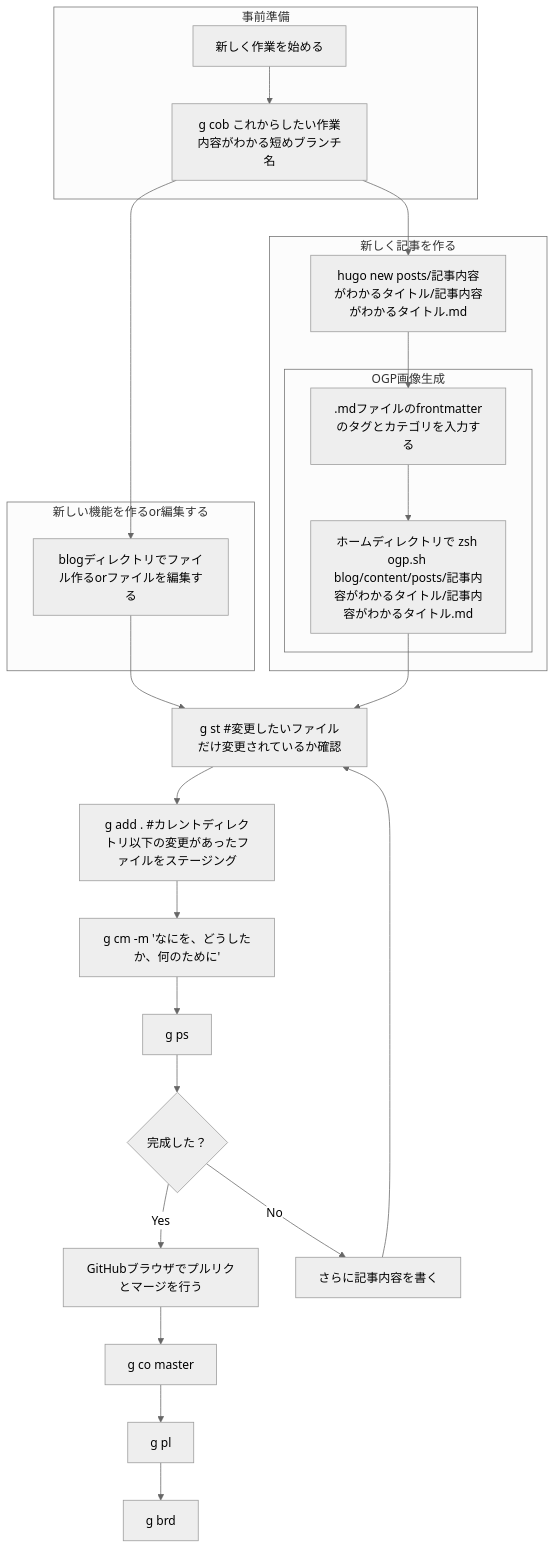
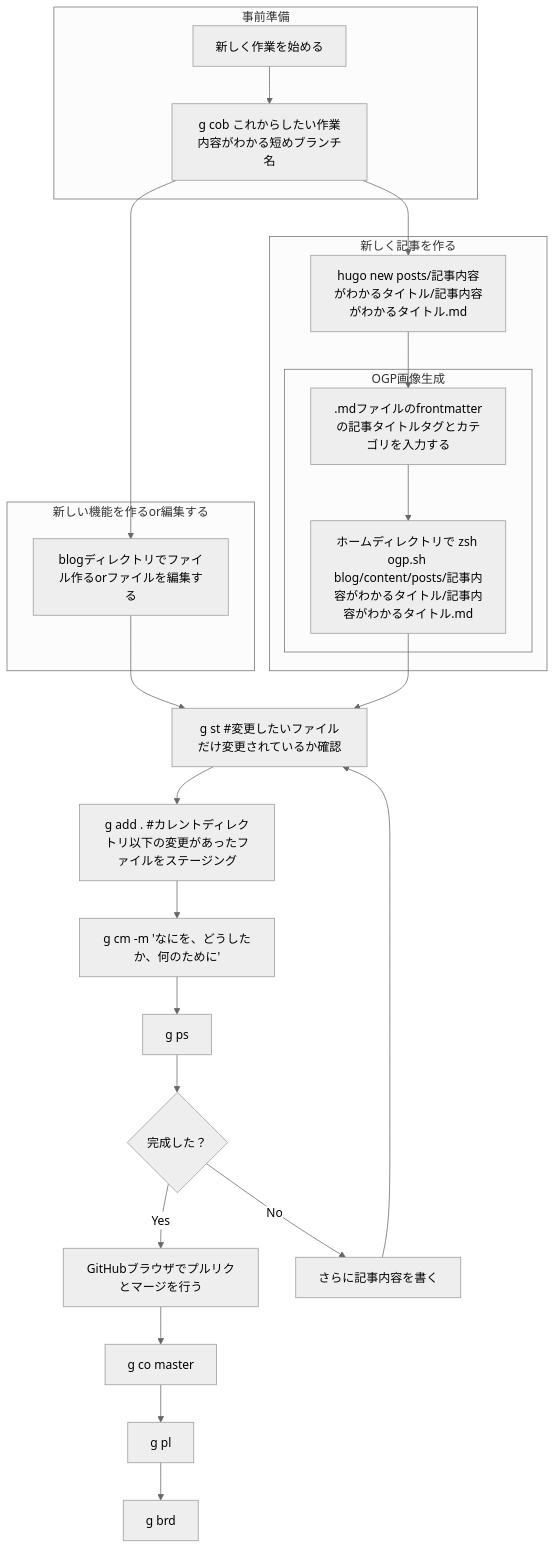
Before and after one commit to zuzuzunta0/newblog2: the diagram in README.md, drawn with Mermaid (neutral theme). The commit also changed 3 other files, not shown here.

````diff
--- a/README.md
+++ b/README.md
@@ -13,28 +13,28 @@
 ```mermaid
 flowchart TB
   subgraph 事前準備
   A["新しく作業を始める"] --> B["g cob これからしたい作業内容がわかる短めブランチ名"]
   end
   B --> D["hugo new posts/記事内容がわかるタイトル/記事内容がわかるタイトル.md"]
   subgraph 新しく記事を作る
-  D --> D1[".mdファイルのfrontmatterのタグとカテゴリを入力する"]
+  D --> D1[".mdファイルのfrontmatterの記事タイトルタグとカテゴリを入力する"]
   subgraph OGP画像生成
   D1 --> D2["ホームディレクトリで zsh ogp.sh blog/content/posts/記事内容がわかるタイトル/記事内容がわかるタイトル.md"]
   end
   end
   subgraph 新しい機能を作るor編集する
   B --> C1["blogディレクトリでファイル作るorファイルを編集する"]
   end
   C1 --> E
   D2 --> E["g st #変更したいファイルだけ変更されているか確認"]
   E --> F["g add . #カレントディレクトリ以下の変更があったファイルをステージング"]
   F --> G["g cm -m 'なにを、どうしたか、何のために'"]
   G --> H["g ps"]
   H --> I{"完成した？"}
   I --> |Yes| J["GitHubブラウザでプルリクとマージを行う"]
   I --> |"No"| K["さらに記事内容を書く"]
   K --> E
   J --> L["g co master"]
   L --> M["g pl"]
   M --> N["g brd"]
 ```
````
